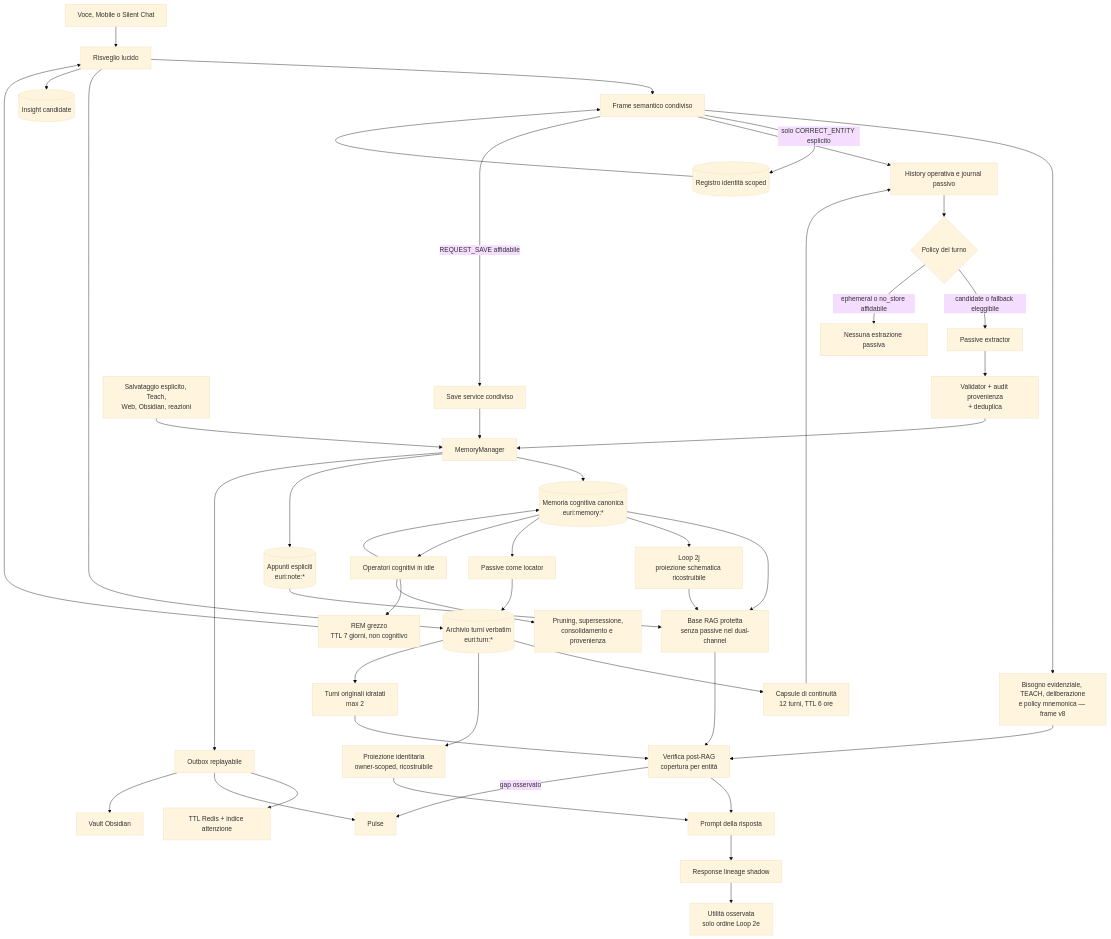
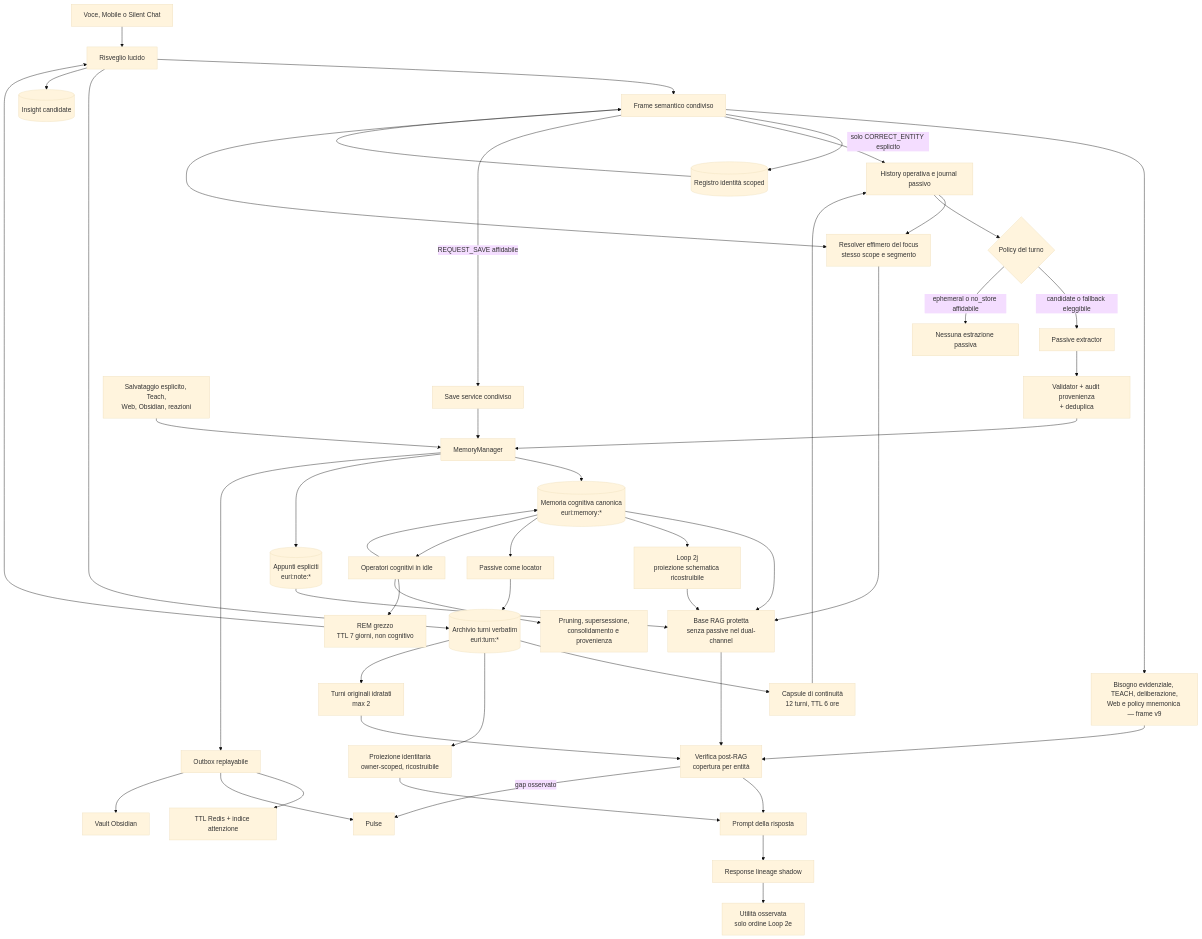
One commit to fioruccione/euri changed the first of 4 diagrams in docs/EURI_MEMORY_ARCHITECTURE.md. Above: the diagram before and after it, drawn with Mermaid (base theme). The commit also changed other lines of this file and 13 other files, not shown here.

````diff
--- a/docs/EURI_MEMORY_ARCHITECTURE.md
+++ b/docs/EURI_MEMORY_ARCHITECTURE.md
@@ -30,51 +30,54 @@
 ```mermaid
 flowchart TB
     U[Voce, Mobile o Silent Chat] --> W[Whisper o testo raw]
     W --> S[Frame semantico condiviso]
-    S --> KN[Bisogno evidenziale, TEACH, deliberazione<br/>e policy mnemonica — frame v8]
+    S --> KN[Bisogno evidenziale, TEACH, deliberazione,<br/>Web e policy mnemonica — frame v9]
     W --> T[(Archivio turni verbatim<br/>euri:turn:*)]
     S -->|solo CORRECT_ENTITY esplicito| AR[(Registro identità scoped)]
     AR --> S
     S --> H[History operativa e journal passivo]
     S -->|REQUEST_SAVE affidabile| SV[Save service condiviso]
     SV --> M
     T --> C[Capsule di continuità<br/>12 turni, TTL 6 ore]
     C --> H
+    S --> RC[Resolver effimero del focus<br/>stesso scope e segmento]
+    H --> RC
     T --> PM[Proiezione identitaria<br/>owner-scoped, ricostruibile]
 
     H --> P{Policy del turno}
     P -->|candidate o fallback eleggibile| E[Passive extractor]
     P -->|ephemeral o no_store affidabile| X[Nessuna estrazione passiva]
     E --> V[Validator + audit provenienza<br/>+ deduplica]
     V --> M[MemoryManager]
     A[Salvataggio esplicito, Teach,<br/>Web, Obsidian, reazioni] --> M
     M --> J[(Memoria cognitiva canonica<br/>euri:memory:*)]
     M --> N[(Appunti espliciti<br/>euri:note:*)]
     M --> O[Outbox replayabile]
     O --> TTL[TTL Redis + indice attenzione]
     O --> PU[Pulse]
     O --> OB[Vault Obsidian]
 
     J --> R[Base RAG protetta<br/>senza passive nel dual-channel]
+    RC --> R
     J --> SJ[Loop 2j<br/>proiezione schematica ricostruibile]
     SJ --> R
     N --> R
     J --> L[Passive come locator]
     L --> T
     T --> D[Turni originali idratati<br/>max 2]
     R --> KG[Verifica post-RAG<br/>copertura per entità]
     D --> KG
     KN --> KG
     KG --> Q[Prompt della risposta]
     KG -->|gap osservato| PU
     PM --> Q
     Q --> RL[Response lineage shadow]
     RL --> UT[Utilità osservata<br/>solo ordine Loop 2e]
 
     J --> DR[Operatori cognitivi in idle]
     DR --> J
     DR --> REM[REM grezzo<br/>TTL 7 giorni, non cognitivo]
     REM --> W[Risveglio lucido]
     W --> I[(Insight candidate)]
     DR --> PR[Pruning, supersessione,<br/>consolidamento e provenienza]
 ```
````
